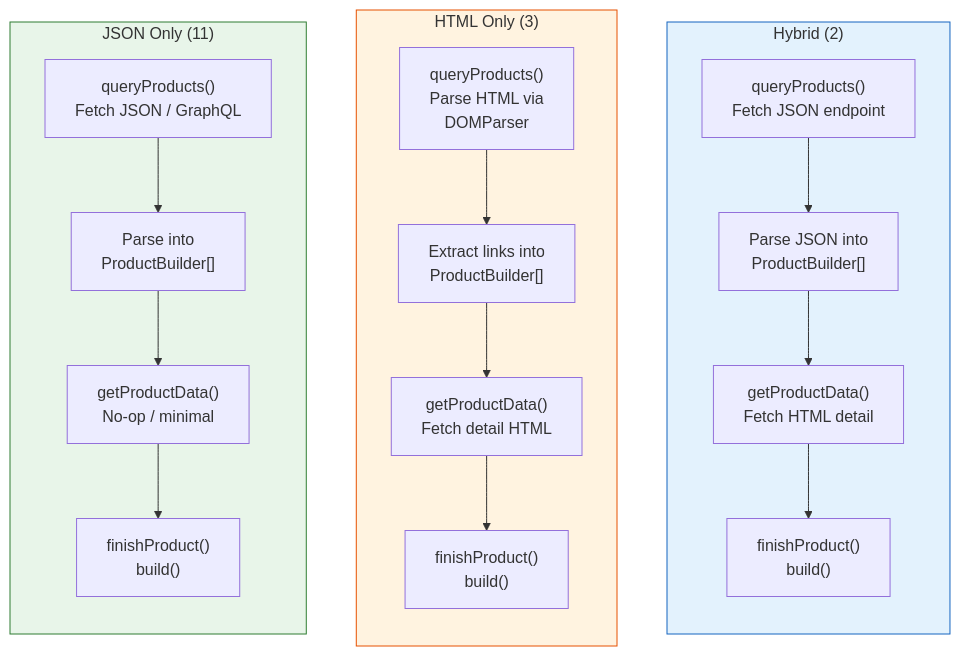
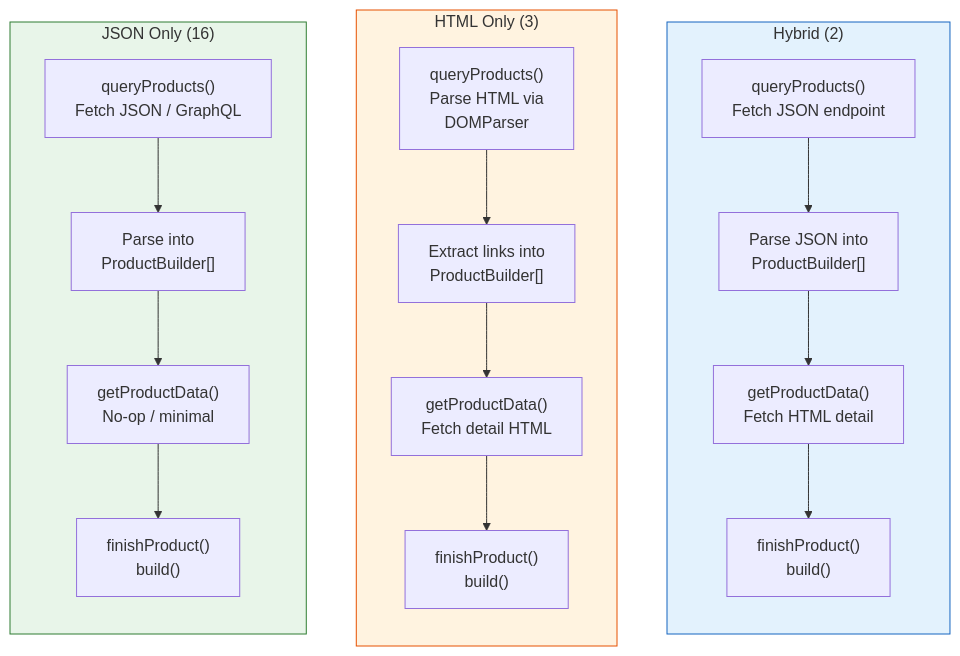
The third of 5 diagrams in pages/diagrams/supplier-lifecycle.md (jhyland87/chem-pal), drawn with Mermaid before and after one commit. The commit also changed other lines of this file and 12 other files, not shown here.

````diff
--- a/pages/diagrams/supplier-lifecycle.md
+++ b/pages/diagrams/supplier-lifecycle.md
@@ -119,48 +128,48 @@
 ```mermaid
 flowchart LR
-    subgraph JSON["JSON Only (11)"]
+    subgraph JSON["JSON Only (16)"]
         direction TB
         J1["queryProducts()
         Fetch JSON / GraphQL"]
         J2["Parse into
         ProductBuilder[]"]
         J3["getProductData()
         No-op / minimal"]
         J4["finishProduct()
         build()"]
         J1 --> J2 --> J3 --> J4
     end
 
     subgraph HTML["HTML Only (3)"]
         direction TB
         H1["queryProducts()
         Parse HTML via
         DOMParser"]
         H2["Extract links into
         ProductBuilder[]"]
         H3["getProductData()
         Fetch detail HTML"]
         H4["finishProduct()
         build()"]
         H1 --> H2 --> H3 --> H4
     end
 
     subgraph Hybrid["Hybrid (2)"]
         direction TB
         HY1["queryProducts()
         Fetch JSON endpoint"]
         HY2["Parse JSON into
         ProductBuilder[]"]
         HY3["getProductData()
         Fetch HTML detail"]
         HY4["finishProduct()
         build()"]
         HY1 --> HY2 --> HY3 --> HY4
     end
 
     JSON ~~~ HTML ~~~ Hybrid
 
     style JSON fill:#e8f5e9,stroke:#2e7d32
     style HTML fill:#fff3e0,stroke:#e65100
     style Hybrid fill:#e3f2fd,stroke:#1565c0
 ```
````
